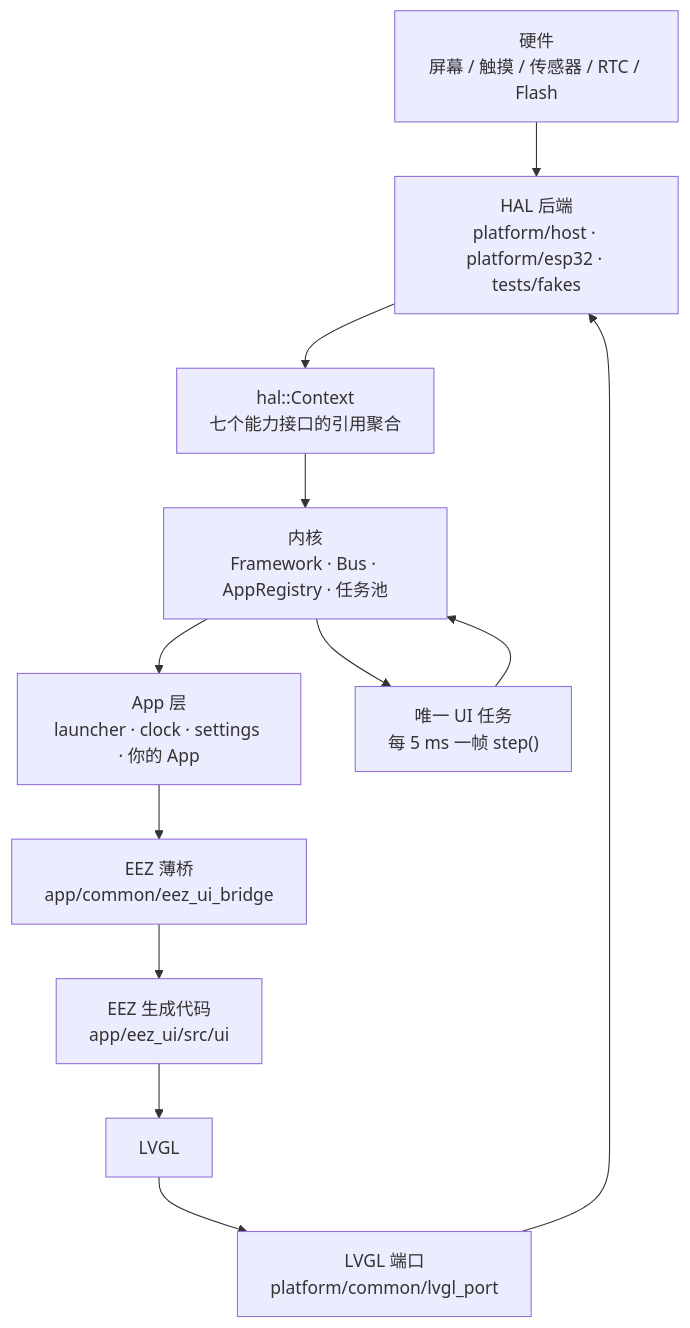
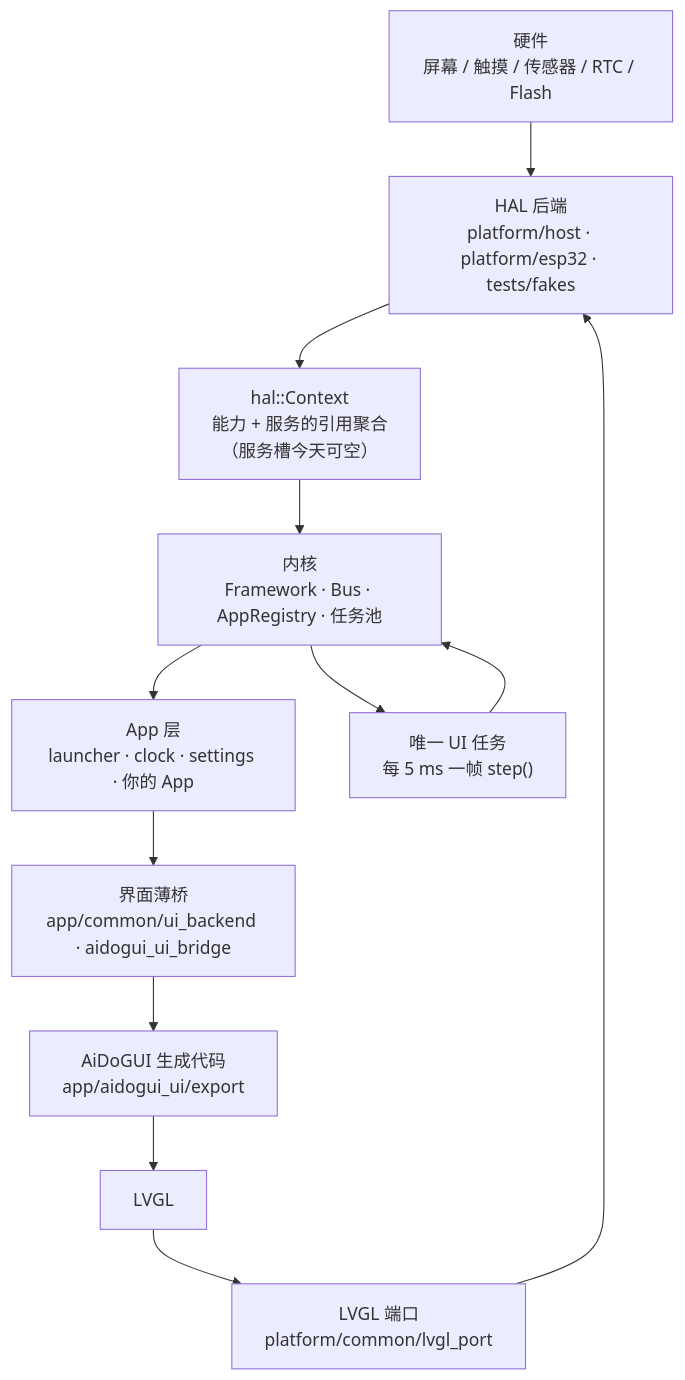
The first of 2 diagrams in docs/concepts/index.md (ruixuezhao890/Embark), drawn with Mermaid before and after one commit. The commit also changed other lines of this file and 146 other files, not shown here.

````diff
--- a/docs/concepts/index.md
+++ b/docs/concepts/index.md
@@ -18,14 +18,14 @@
 ```mermaid
 flowchart TD
     HW["硬件<br/>屏幕 / 触摸 / 传感器 / RTC / Flash"] --> HAL["HAL 后端<br/>platform/host · platform/esp32 · tests/fakes"]
-    HAL --> CTX["hal::Context<br/>七个能力接口的引用聚合"]
+    HAL --> CTX["hal::Context<br/>能力 + 服务的引用聚合<br/>（服务槽今天可空）"]
     CTX --> CORE["内核<br/>Framework · Bus · AppRegistry · 任务池"]
     CORE --> APP["App 层<br/>launcher · clock · settings · 你的 App"]
-    APP --> BRIDGE["EEZ 薄桥<br/>app/common/eez_ui_bridge"]
-    BRIDGE --> GEN["EEZ 生成代码<br/>app/eez_ui/src/ui"]
+    APP --> BRIDGE["界面薄桥<br/>app/common/ui_backend · aidogui_ui_bridge"]
+    BRIDGE --> GEN["AiDoGUI 生成代码<br/>app/aidogui_ui/export"]
     GEN --> LVGL["LVGL"]
     LVGL --> PORT["LVGL 端口<br/>platform/common/lvgl_port"]
     PORT --> HAL
     CORE --> UITASK["唯一 UI 任务<br/>每 5 ms 一帧 step()"]
     UITASK --> CORE
 ```
````
